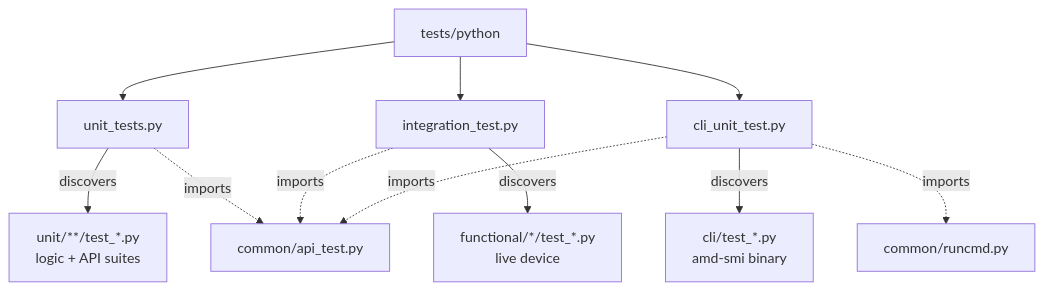
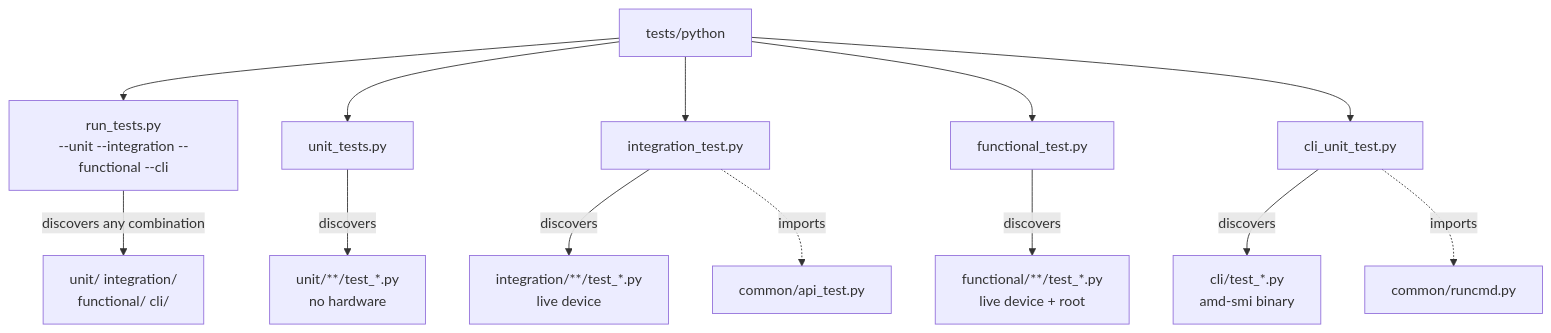
The first of 4 diagrams in projects/amdsmi/tests/python/README.md (ROCm/rocm-systems), drawn with Mermaid before and after one commit. The commit also changed other lines of this file and 45 other files, not shown here.

First line of the commit message:
test(amdsmi): split the python suites into unit, integration and functional tiers

````diff
--- a/projects/amdsmi/tests/python/README.md
+++ b/projects/amdsmi/tests/python/README.md
@@ -51,13 +51,15 @@
 ```mermaid
 graph TD
-    A[tests/python] --> U[unit_tests.py]
+    A[tests/python] --> R["run_tests.py<br/>--unit --integration --functional --cli"]
+    A --> U[unit_tests.py]
     A --> I[integration_test.py]
+    A --> F[functional_test.py]
     A --> C[cli_unit_test.py]
-    U -->|discovers| UU[unit/**/test_*.py<br/>logic + API suites]
-    I -->|discovers| FF[functional/*/test_*.py<br/>live device]
+    R -->|discovers any combination| ALL[unit/ integration/<br/>functional/ cli/]
+    U -->|discovers| UU[unit/**/test_*.py<br/>no hardware]
+    I -->|discovers| II[integration/**/test_*.py<br/>live device]
+    F -->|discovers| FF[functional/**/test_*.py<br/>live device + root]
     C -->|discovers| CC[cli/test_*.py<br/>amd-smi binary]
-    U -.imports.-> CM[common/api_test.py]
-    I -.imports.-> CM
-    C -.imports.-> CM
+    I -.imports.-> CM[common/api_test.py]
     C -.imports.-> RC[common/runcmd.py]
 ```
````
